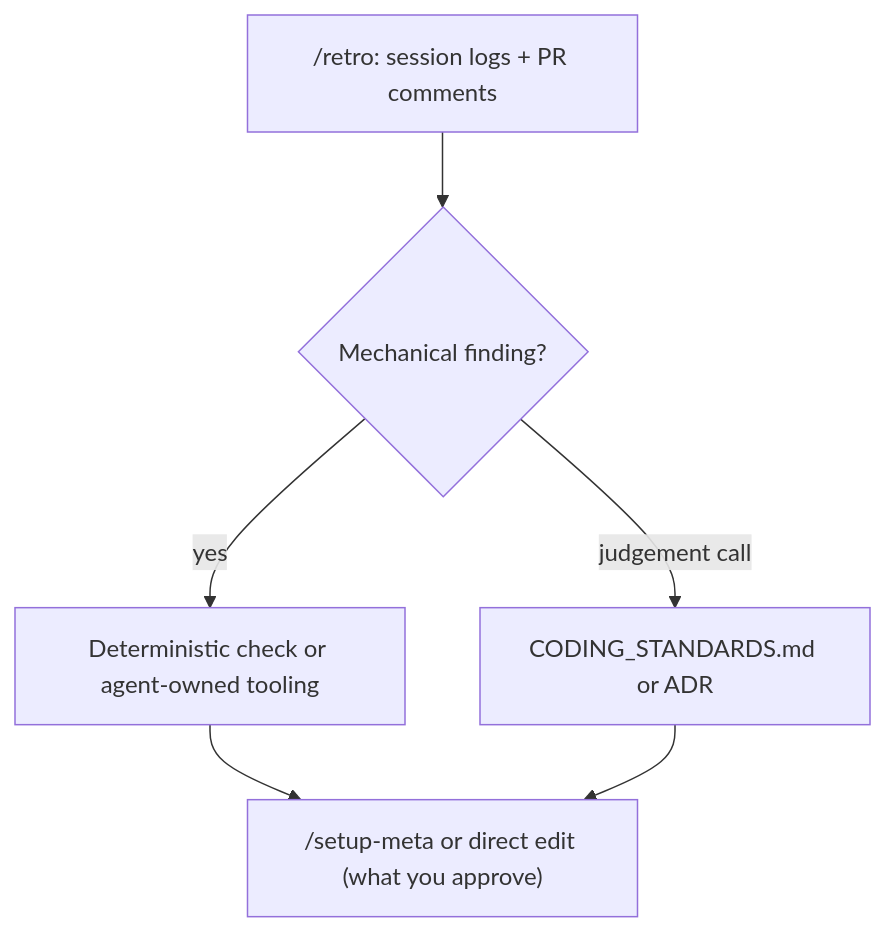
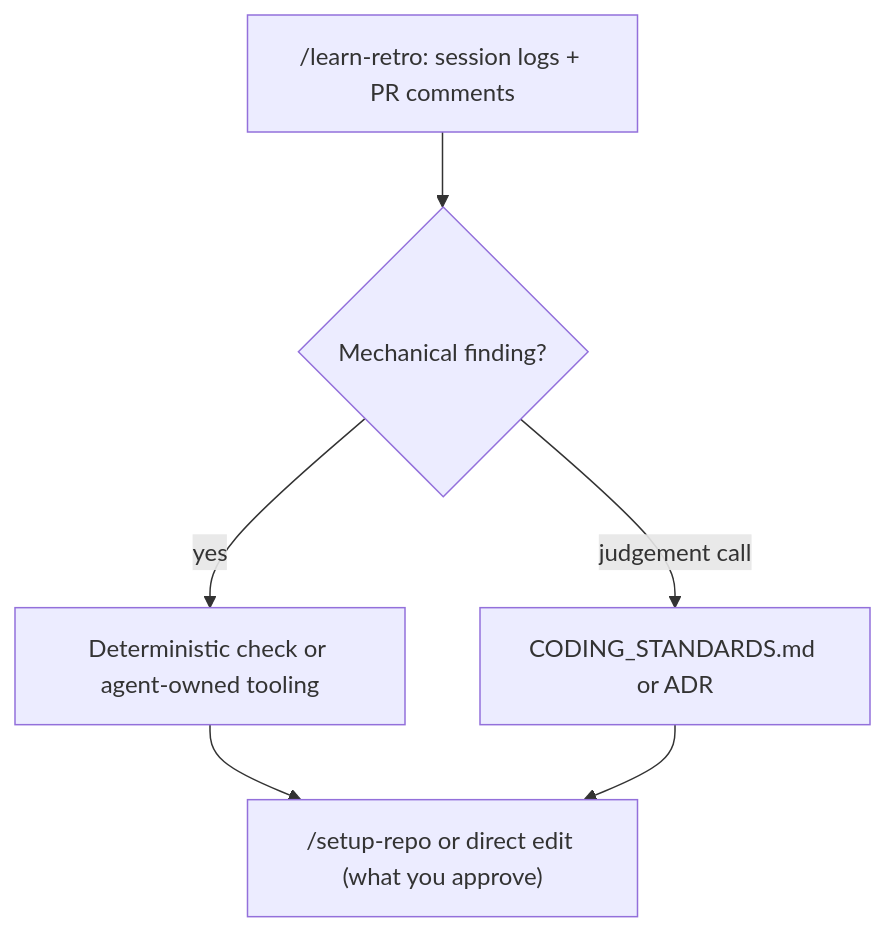
Before and after one commit to TudeOrangBiasa/skills-for-agents: the ninth of 10 diagrams in skills/user-invoked/guide/COOKBOOK.md, drawn with Mermaid. The commit also changed other lines of this file and 441 other files, not shown here.

````diff
--- a/skills/user-invoked/guide/COOKBOOK.md
+++ b/skills/user-invoked/guide/COOKBOOK.md
@@ -152,8 +152,8 @@
 ```mermaid
 flowchart TD
-    R["/retro: session logs + PR comments"] --> Q{"Mechanical finding?"}
+    R["/learn-retro: session logs + PR comments"] --> Q{"Mechanical finding?"}
     Q -->|yes| C["Deterministic check or agent-owned tooling"]
     Q -->|"judgement call"| S["CODING_STANDARDS.md or ADR"]
-    C --> M["/setup-meta or direct edit (what you approve)"]
+    C --> M["/setup-repo or direct edit (what you approve)"]
     S --> M
 ```
````
